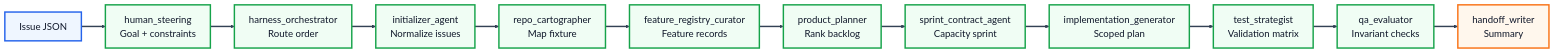
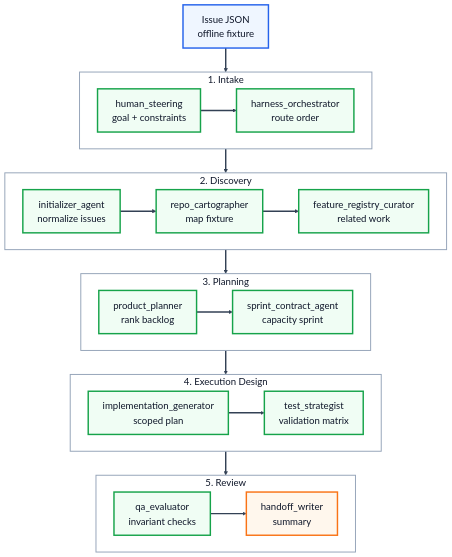
The third of 4 diagrams in README.md (shiki-dml/My-Harness-Workflow), drawn with Mermaid before and after one commit. The commit also changed other lines of this file, not shown here.

Commit message:
Improve README harness diagrams

````diff
--- a/README.md
+++ b/README.md
@@ -185,22 +193,42 @@
 ```mermaid
 %%{init: {"theme":"base","flowchart":{"curve":"linear","htmlLabels":true},"themeVariables":{"background":"#ffffff","mainBkg":"#ffffff","primaryTextColor":"#0f172a","fontSize":"20px","lineColor":"#334155"}}}%%
-flowchart LR
-    A["Issue JSON"] --> B["human_steering<br/>Goal + constraints"]
-    B --> C["harness_orchestrator<br/>Route order"]
-    C --> D["initializer_agent<br/>Normalize issues"]
-    D --> E["repo_cartographer<br/>Map fixture"]
-    E --> F["feature_registry_curator<br/>Feature records"]
-    F --> G["product_planner<br/>Rank backlog"]
-    G --> H["sprint_contract_agent<br/>Capacity sprint"]
-    H --> I["implementation_generator<br/>Scoped plan"]
-    I --> J["test_strategist<br/>Validation matrix"]
-    J --> K["qa_evaluator<br/>Invariant checks"]
-    K --> L["handoff_writer<br/>Summary"]
+flowchart TB
+    A["Issue JSON<br/>offline fixture"] --> B
+    subgraph P1["1. Intake"]
+        direction LR
+        B["human_steering<br/>goal + constraints"] --> C["harness_orchestrator<br/>route order"]
+    end
+    subgraph P2["2. Discovery"]
+        direction LR
+        D["initializer_agent<br/>normalize issues"] --> E["repo_cartographer<br/>map fixture"]
+        E --> F["feature_registry_curator<br/>related work"]
+    end
+    subgraph P3["3. Planning"]
+        direction LR
+        G["product_planner<br/>rank backlog"] --> H["sprint_contract_agent<br/>capacity sprint"]
+    end
+    subgraph P4["4. Execution Design"]
+        direction LR
+        I["implementation_generator<br/>scoped plan"] --> J["test_strategist<br/>validation matrix"]
+    end
+    subgraph P5["5. Review"]
+        direction LR
+        K["qa_evaluator<br/>invariant checks"] --> L["handoff_writer<br/>summary"]
+    end
+    C --> D
+    F --> G
+    H --> I
+    J --> K
     classDef source fill:#eff6ff,stroke:#2563eb,stroke-width:3px,color:#0f172a
     classDef stage fill:#f0fdf4,stroke:#16a34a,stroke-width:3px,color:#0f172a
     classDef output fill:#fff7ed,stroke:#f97316,stroke-width:3px,color:#0f172a
     class A source
     class B,C,D,E,F,G,H,I,J,K stage
     class L output
+    style P1 fill:#ffffff,stroke:#94a3b8,stroke-width:2px,color:#0f172a
+    style P2 fill:#ffffff,stroke:#94a3b8,stroke-width:2px,color:#0f172a
+    style P3 fill:#ffffff,stroke:#94a3b8,stroke-width:2px,color:#0f172a
+    style P4 fill:#ffffff,stroke:#94a3b8,stroke-width:2px,color:#0f172a
+    style P5 fill:#ffffff,stroke:#94a3b8,stroke-width:2px,color:#0f172a
     linkStyle default stroke:#334155,stroke-width:3px
 ```
````
